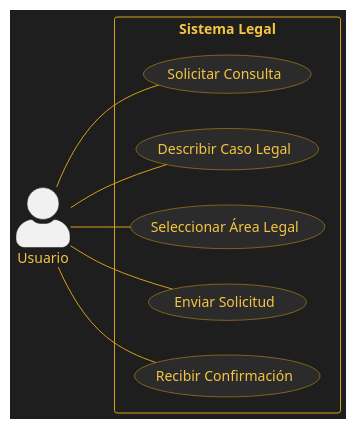
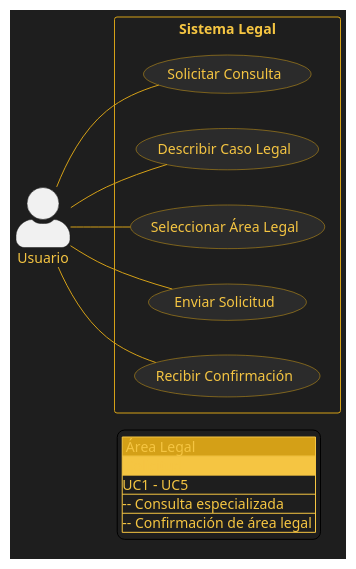
Before and after one commit to OscarBuildsBv/SYS_CANDIDATO_DOC: the diagram in UML/casos-de-uso/caso-uso-consultas.puml, drawn with PlantUML. The commit also changed 4 other files, not shown here.

```diff
--- a/UML/casos-de-uso/caso-uso-consultas.puml
+++ b/UML/casos-de-uso/caso-uso-consultas.puml
@@ -1,44 +1,52 @@
 @startuml
 
 skinparam backgroundColor #1E1E1E
 skinparam packageStyle folder
 skinparam shadowing false
 skinparam actorStyle awesome
 
 skinparam package {
     BackgroundColor #1E1E1E
     BorderColor #D4A017
     RoundCorner 10
 }
 
 skinparam usecase {
     BackgroundColor #2B2B2B
     BorderColor #D4A017
     FontColor #F5C542
     ArrowColor #D4A017
 }
 
 skinparam ArrowColor #D4A017
 skinparam defaultFontColor #F5C542
 
 left to right direction
 
 actor Usuario
 
 rectangle "Sistema Legal" {
 
   usecase "Solicitar Consulta" as UC1
   usecase "Describir Caso Legal" as UC2
   usecase "Seleccionar Área Legal" as UC3
   usecase "Enviar Solicitud" as UC4
   usecase "Recibir Confirmación" as UC5
 
 }
 
 Usuario -- UC1
 Usuario -- UC2
 Usuario -- UC3
 Usuario -- UC4
 Usuario -- UC5
 
+legend right
+  |<#D4A017> Área Legal |
+  |<#F5C542> Solicitud |
+  |UC1 - UC5| Etapas del Proceso |
+  |-- Consulta especializada |
+  |-- Confirmación de área legal |
+endlegend
+
 @enduml
```
